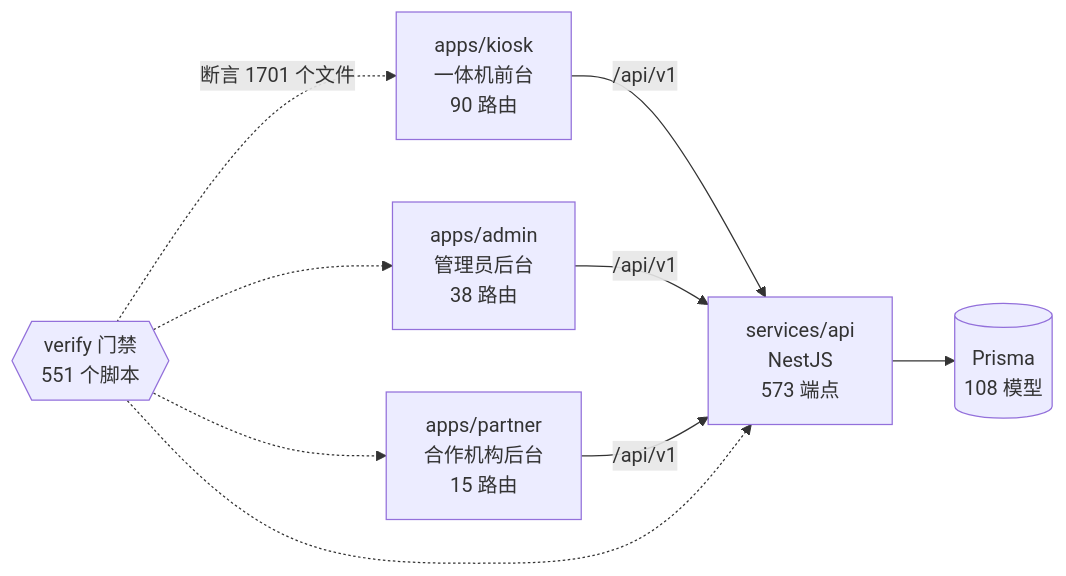
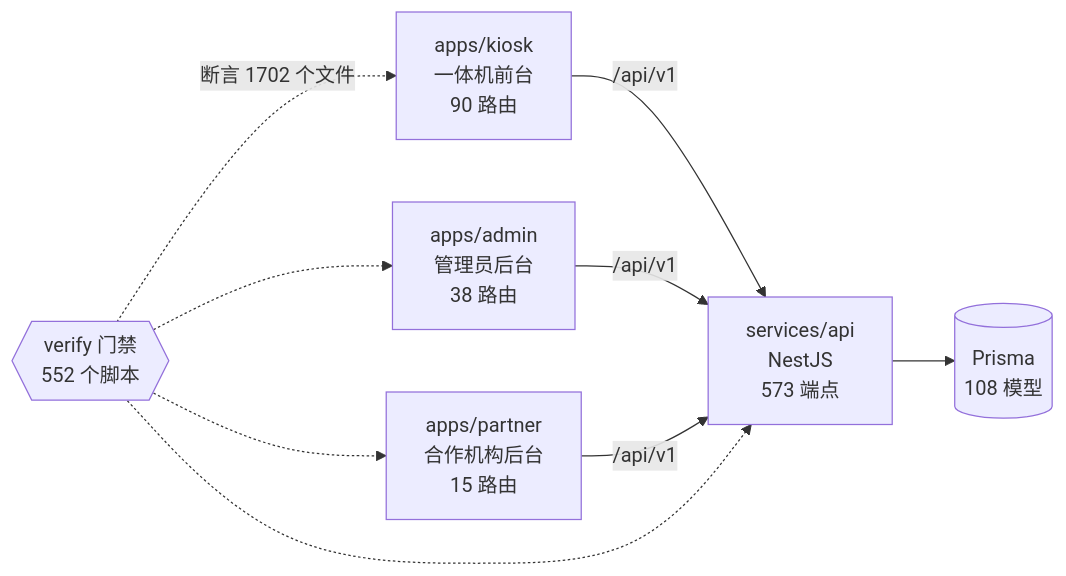
Before and after one commit to wanglei581/YITIJI: the diagram in docs/graph/README.md, drawn with Mermaid. The commit also changed other lines of this file and 1 other file, not shown here.

Commit message:
chore(graph): regenerate after #1137 and gate updates

````diff
--- a/docs/graph/README.md
+++ b/docs/graph/README.md
@@ -68,18 +68,18 @@
 ```mermaid
 flowchart LR
   kiosk["apps/kiosk<br/>一体机前台<br/>90 路由"]
   admin["apps/admin<br/>管理员后台<br/>38 路由"]
   partner["apps/partner<br/>合作机构后台<br/>15 路由"]
   api["services/api<br/>NestJS<br/>573 端点"]
   db[("Prisma<br/>108 模型")]
-  gates{{"verify 门禁<br/>551 个脚本"}}
+  gates{{"verify 门禁<br/>552 个脚本"}}
 
   kiosk -->|"/api/v1"| api
   admin -->|"/api/v1"| api
   partner -->|"/api/v1"| api
   api --> db
-  gates -.->|"断言 1701 个文件"| kiosk
+  gates -.->|"断言 1702 个文件"| kiosk
   gates -.-> admin
   gates -.-> partner
   gates -.-> api
 ```
````
